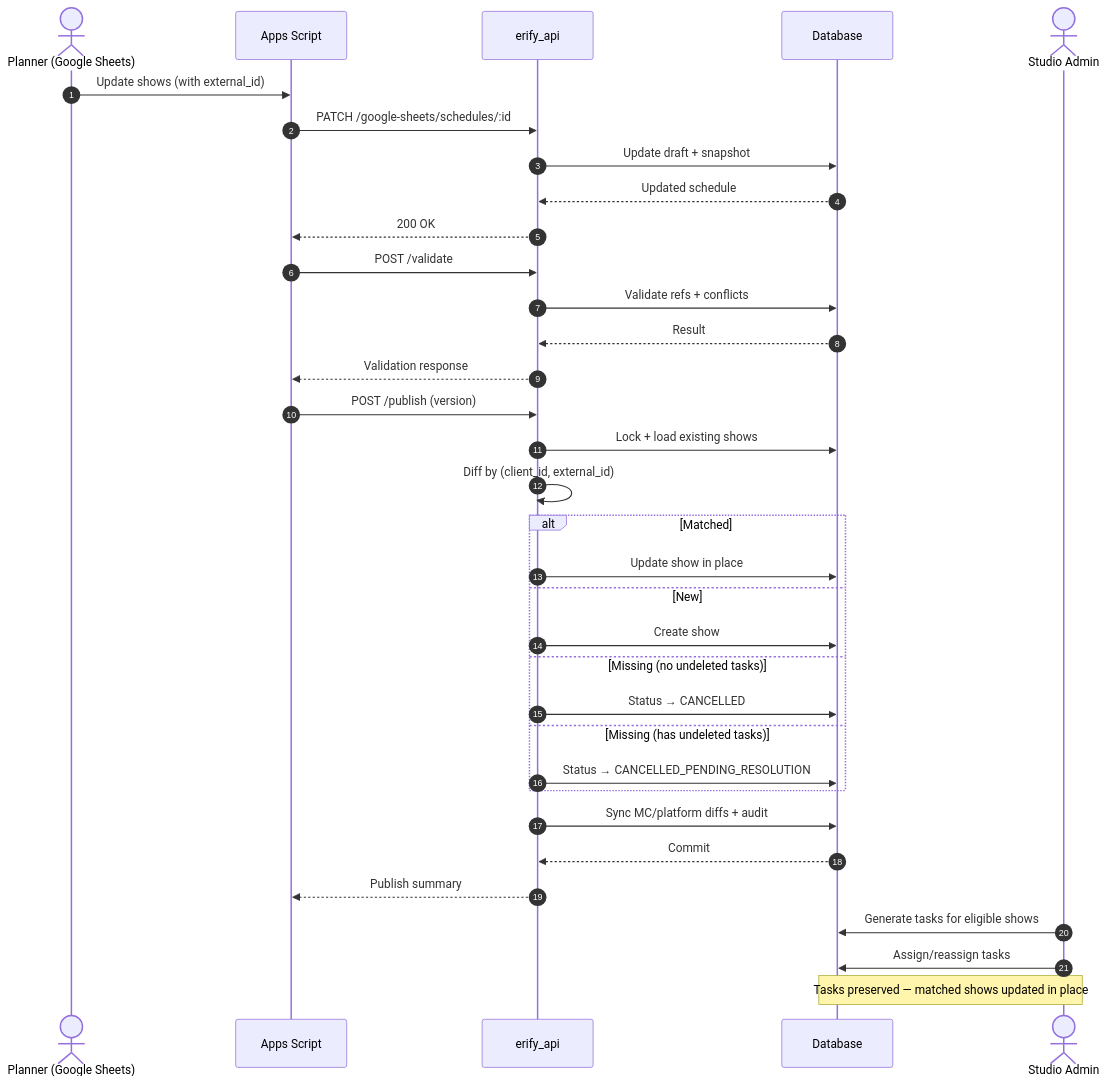
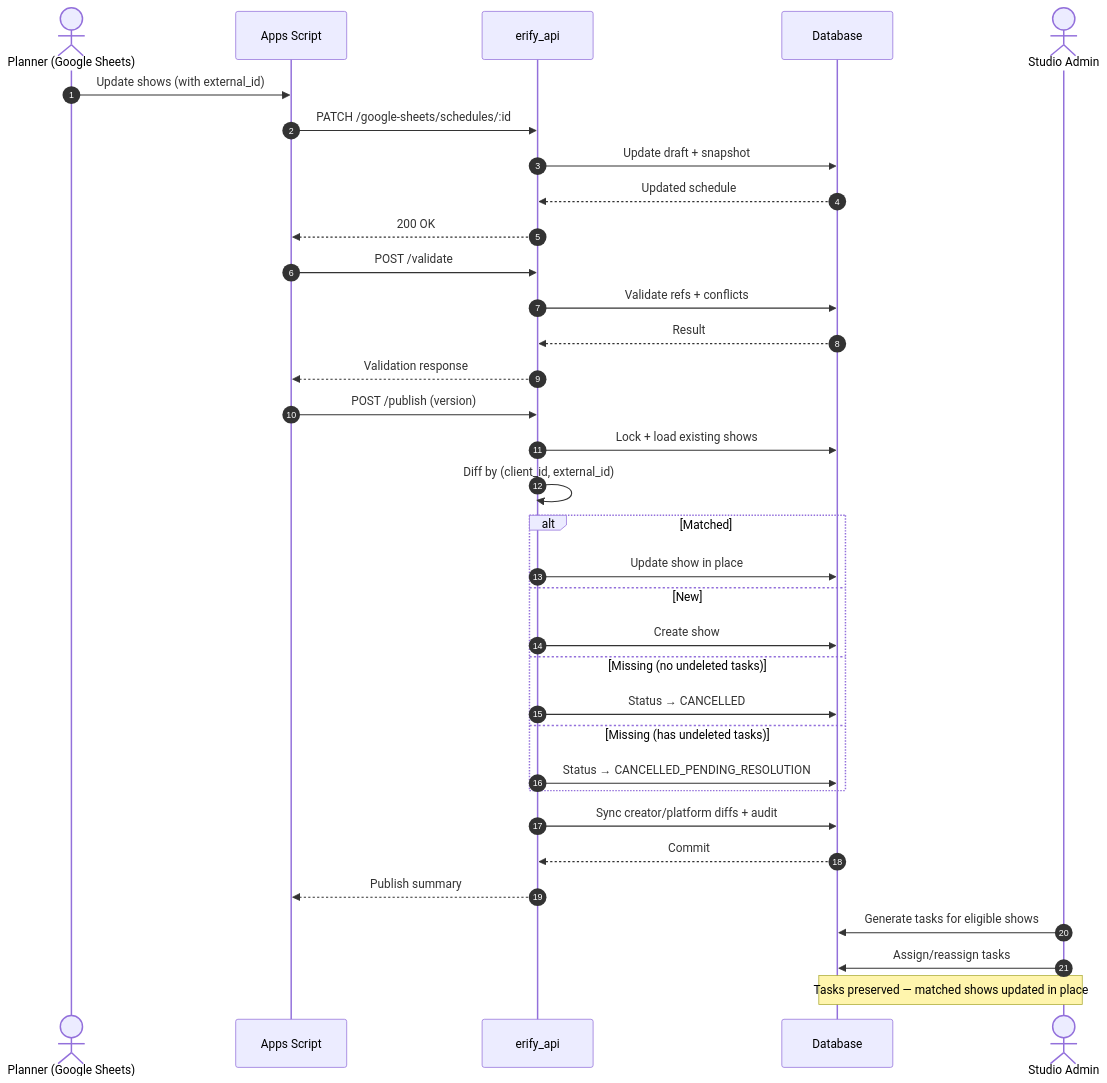
The second of 2 diagrams in apps/erify_api/docs/SCHEDULE_CONTINUITY.md (allenlin90/eridu-services), drawn with Mermaid before and after one commit. The commit also changed other lines of this file and 37 other files, not shown here.

````diff
--- a/apps/erify_api/docs/SCHEDULE_CONTINUITY.md
+++ b/apps/erify_api/docs/SCHEDULE_CONTINUITY.md
@@ -162,42 +187,42 @@
 ```mermaid
 sequenceDiagram
     autonumber
     actor Planner as Planner (Google Sheets)
     participant GAS as Apps Script
     participant API as erify_api
     participant DB as Database
     actor Admin as Studio Admin
 
     Planner->>GAS: Update shows (with external_id)
     GAS->>API: PATCH /google-sheets/schedules/:id
     API->>DB: Update draft + snapshot
     DB-->>API: Updated schedule
     API-->>GAS: 200 OK
 
     GAS->>API: POST /validate
     API->>DB: Validate refs + conflicts
     DB-->>API: Result
     API-->>GAS: Validation response
 
     GAS->>API: POST /publish (version)
     API->>DB: Lock + load existing shows
     API->>API: Diff by (client_id, external_id)
 
     alt Matched
         API->>DB: Update show in place
     else New
         API->>DB: Create show
     else Missing (no undeleted tasks)
         API->>DB: Status → CANCELLED
     else Missing (has undeleted tasks)
         API->>DB: Status → CANCELLED_PENDING_RESOLUTION
     end
 
-    API->>DB: Sync MC/platform diffs + audit
+    API->>DB: Sync creator/platform diffs + audit
     DB-->>API: Commit
     API-->>GAS: Publish summary
 
     Admin->>DB: Generate tasks for eligible shows
     Admin->>DB: Assign/reassign tasks
     Note over Admin,DB: Tasks preserved — matched shows updated in place
 ```
````
